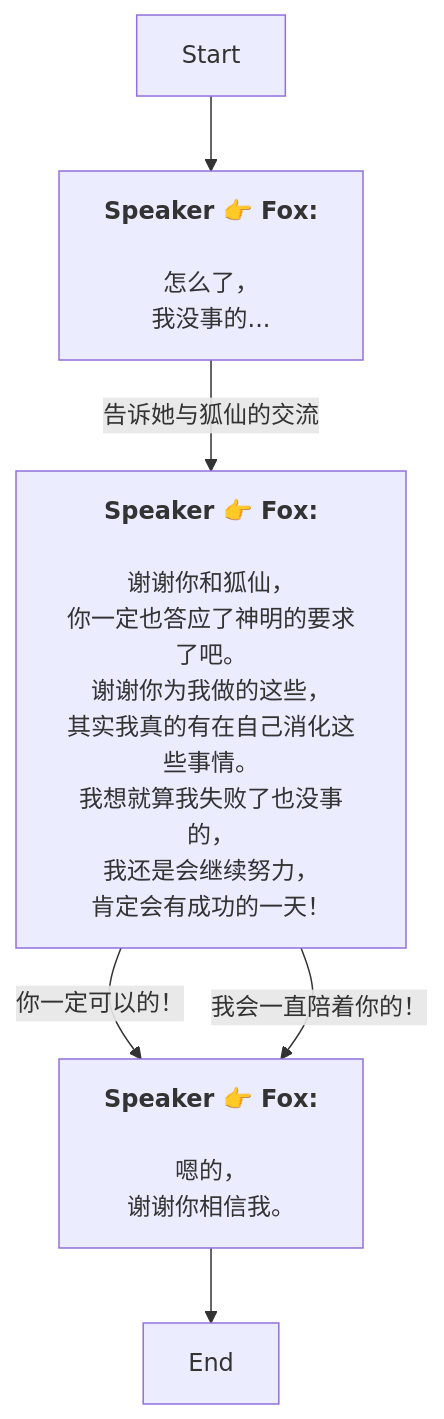
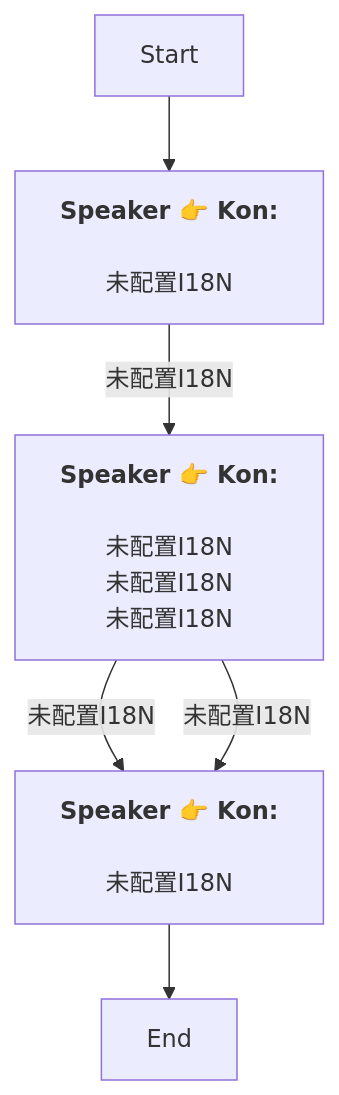
Before and after one commit to SoftHu/tos_avg: the diagram in Zh/AddDialogNode_1738551728303397.md, drawn with Mermaid. The commit also changed 730 other files, not shown here.

````diff
--- a/Zh/AddDialogNode_1738551728303397.md
+++ b/Zh/AddDialogNode_1738551728303397.md
@@ -1,20 +1,13 @@
 ```mermaid
 graph
-Start -->1738551751763240[<b>Speaker 👉 Fox:</b>
-\n怎么了，
-我没事的...]
-1738551751763240 -->|告诉她与狐仙的交流|1738551856380205[<b>Speaker 👉 Fox:</b>
-\n谢谢你和狐仙，
-你一定也答应了神明的要求了吧。\n谢谢你为我做的这些，
-其实我真的有在自己消化这些事情。\n我想就算我失败了也没事的，
-我还是会继续努力，
-肯定会有成功的一天！]
-1738551856380205 -->|你一定可以的！|1738552022961459[<b>Speaker 👉 Fox:</b>
-\n嗯的，
-谢谢你相信我。]
-1738551856380205 -->|我会一直陪着你的！|1738552022961459[<b>Speaker 👉 Fox:</b>
-\n嗯的，
-谢谢你相信我。]
+Start -->1738551751763240[<b>Speaker 👉 Kon:</b>
+\n未配置I18N]
+1738551751763240 -->|未配置I18N|1738551856380205[<b>Speaker 👉 Kon:</b>
+\n未配置I18N\n未配置I18N\n未配置I18N]
+1738551856380205 -->|未配置I18N|1738552022961459[<b>Speaker 👉 Kon:</b>
+\n未配置I18N]
+1738551856380205 -->|未配置I18N|1738552022961459[<b>Speaker 👉 Kon:</b>
+\n未配置I18N]
 1738552022961459 -->1738552165615931[End]
 
 ```
````
